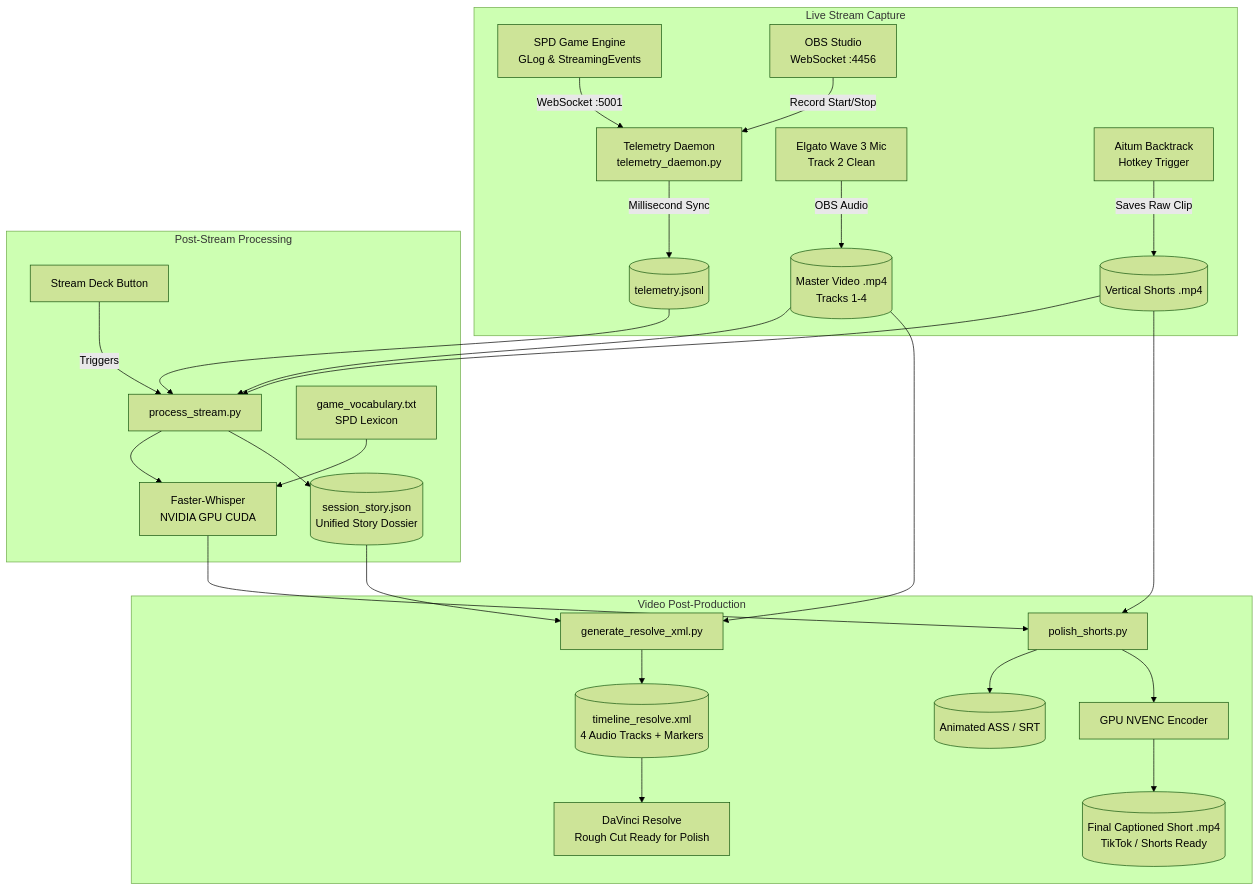
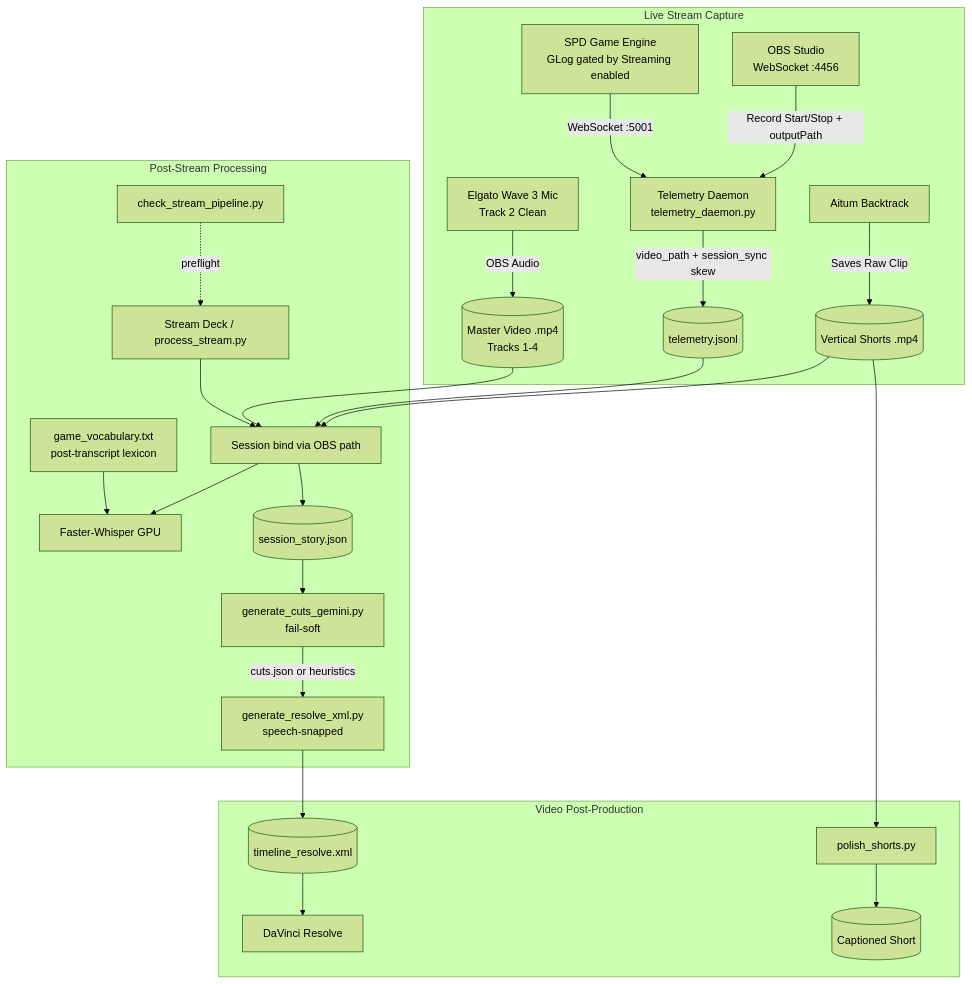
The diagram in docs/stream-telemetry-pipeline.md (DaltonGoesFast/shattered-pixel-dungeon-qol), drawn with Mermaid (forest theme) before and after one commit. The commit also changed other lines of this file and 48 other files, not shown here.

First line of the commit message:
feat: Capture more stream events and automate the post-production pipeline

````diff
--- a/docs/stream-telemetry-pipeline.md
+++ b/docs/stream-telemetry-pipeline.md
@@ -9,33 +11,30 @@
 ```mermaid
 flowchart TD
     subgraph Live Stream Capture
-        G[SPD Game Engine<br/>GLog & StreamingEvents] -->|WebSocket :5001| TD[Telemetry Daemon<br/>telemetry_daemon.py]
-        OBS[OBS Studio<br/>WebSocket :4456] -->|Record Start/Stop| TD
+        G[SPD Game Engine<br/>GLog gated by Streaming enabled] -->|WebSocket :5001| TD[Telemetry Daemon<br/>telemetry_daemon.py]
+        OBS[OBS Studio<br/>WebSocket :4456] -->|Record Start/Stop + outputPath| TD
         MIC[Elgato Wave 3 Mic<br/>Track 2 Clean] -->|OBS Audio| REC[(Master Video .mp4<br/>Tracks 1-4)]
-        BT[Aitum Backtrack<br/>Hotkey Trigger] -->|Saves Raw Clip| SHORTS[(Vertical Shorts .mp4)]
-        TD -->|Millisecond Sync| TL[(telemetry.jsonl)]
+        BT[Aitum Backtrack] -->|Saves Raw Clip| SHORTS[(Vertical Shorts .mp4)]
+        TD -->|video_path + session_sync skew| TL[(telemetry.jsonl)]
     end
 
     subgraph Post-Stream Processing
-        SD[Stream Deck Button] -->|Triggers| PS[process_stream.py]
+        PF[check_stream_pipeline.py] -.->|preflight| SD
+        SD[Stream Deck / process_stream.py] --> PS[Session bind via OBS path]
         REC --> PS
         TL --> PS
         SHORTS --> PS
-        LEX[game_vocabulary.txt<br/>SPD Lexicon] --> WHISPER[Faster-Whisper<br/>NVIDIA GPU CUDA]
+        LEX[game_vocabulary.txt<br/>post-transcript lexicon] --> WHISPER[Faster-Whisper GPU]
         PS --> WHISPER
-        PS --> STORY[(session_story.json<br/>Unified Story Dossier)]
+        PS --> STORY[(session_story.json)]
+        STORY --> GEM[generate_cuts_gemini.py<br/>fail-soft]
+        GEM -->|cuts.json or heuristics| XML_GEN[generate_resolve_xml.py<br/>speech-snapped]
     end
 
     subgraph Video Post-Production
-        STORY --> XML_GEN[generate_resolve_xml.py]
-        REC --> XML_GEN
-        XML_GEN --> DR_XML[(timeline_resolve.xml<br/>4 Audio Tracks + Markers)]
-        DR_XML --> DAVINCI[DaVinci Resolve<br/>Rough Cut Ready for Polish]
-
+        XML_GEN --> DR_XML[(timeline_resolve.xml)]
+        DR_XML --> DAVINCI[DaVinci Resolve]
         SHORTS --> SHORTS_POLISH[polish_shorts.py]
-        WHISPER --> SHORTS_POLISH
-        SHORTS_POLISH --> SUB_ASS[(Animated ASS / SRT)]
-        SHORTS_POLISH --> NVENC[GPU NVENC Encoder]
-        NVENC --> FINAL_SHORT[(Final Captioned Short .mp4<br/>TikTok / Shorts Ready)]
+        SHORTS_POLISH --> FINAL_SHORT[(Captioned Short)]
     end
 ```
````
